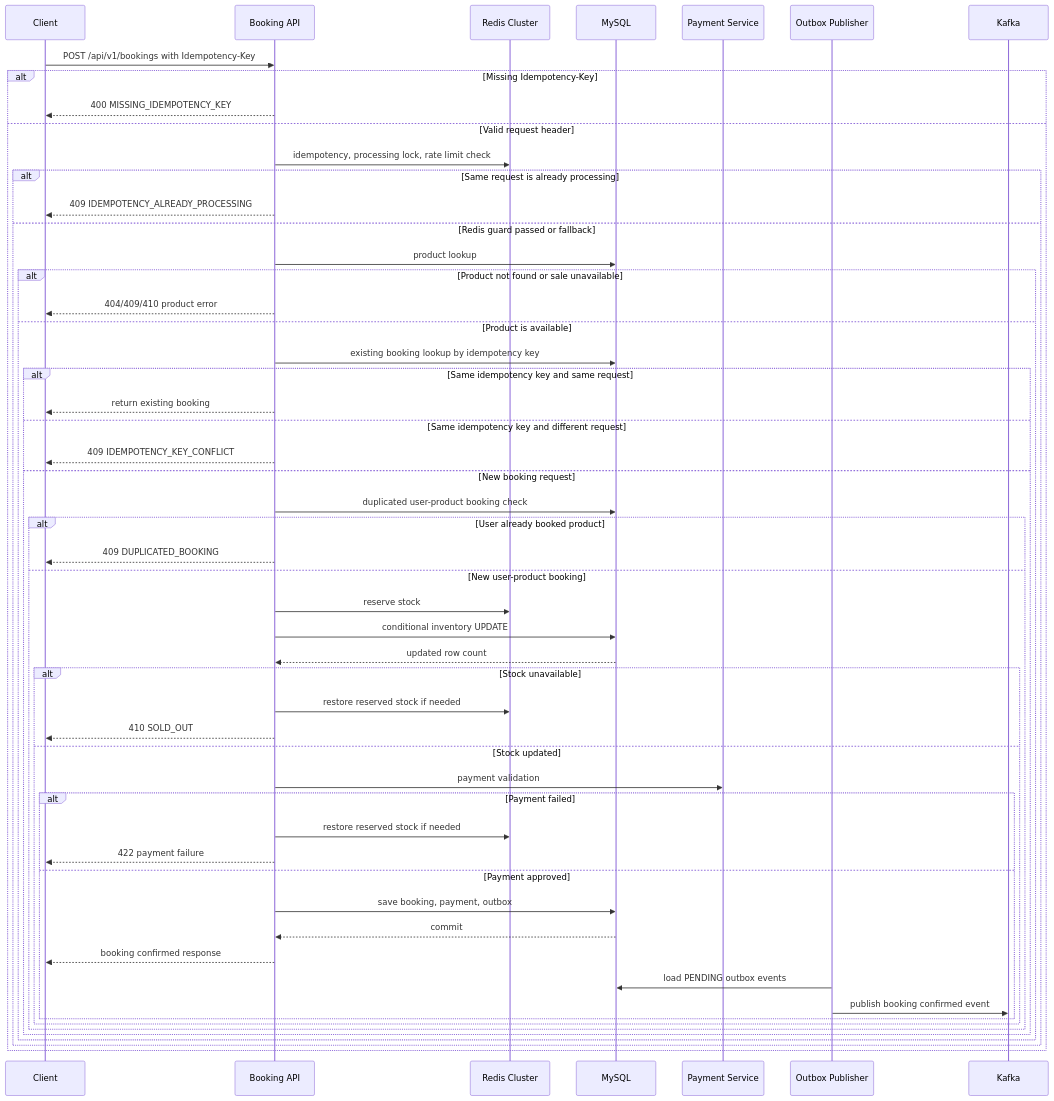
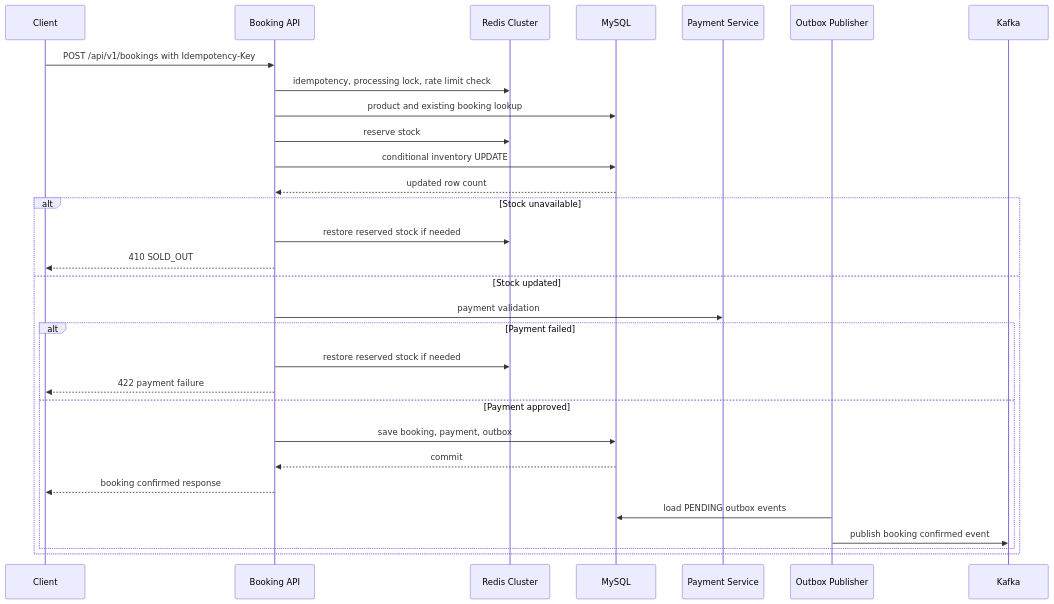
One commit to mosy2266/limited_reservation_system changed the second of 3 diagrams in README.md. Above: the diagram before and after it, drawn with Mermaid. The commit also changed other lines of this file, not shown here.

Commit message:
docs: README.md 내 시스템 아키텍처 오류 수정 및 시퀀스 다이어그램 분기 개수 조정 (#5)

````diff
--- a/README.md
+++ b/README.md
@@ -49,64 +60,35 @@
 ```mermaid
 sequenceDiagram
     participant C as Client
     participant B as Booking API
     participant R as Redis Cluster
     participant DB as MySQL
     participant P as Payment Service
     participant O as Outbox Publisher
     participant K as Kafka
 
     C->>B: POST /api/v1/bookings with Idempotency-Key
+    B->>R: idempotency, processing lock, rate limit check
+    B->>DB: product and existing booking lookup
+    B->>R: reserve stock
+    B->>DB: conditional inventory UPDATE
+    DB-->>B: updated row count
 
-    alt Missing Idempotency-Key
-        B-->>C: 400 MISSING_IDEMPOTENCY_KEY
-    else Valid request header
-        B->>R: idempotency, processing lock, rate limit check
+    alt Stock unavailable
+        B->>R: restore reserved stock if needed
+        B-->>C: 410 SOLD_OUT
+    else Stock updated
+        B->>P: payment validation
 
-        alt Same request is already processing
-            B-->>C: 409 IDEMPOTENCY_ALREADY_PROCESSING
-        else Redis guard passed or fallback
-            B->>DB: product lookup
-
-            alt Product not found or sale unavailable
-                B-->>C: 404/409/410 product error
-            else Product is available
-                B->>DB: existing booking lookup by idempotency key
-
-                alt Same idempotency key and same request
-                    B-->>C: return existing booking
-                else Same idempotency key and different request
-                    B-->>C: 409 IDEMPOTENCY_KEY_CONFLICT
-                else New booking request
-                    B->>DB: duplicated user-product booking check
-
-                    alt User already booked product
-                        B-->>C: 409 DUPLICATED_BOOKING
-                    else New user-product booking
-                        B->>R: reserve stock
-                        B->>DB: conditional inventory UPDATE
-                        DB-->>B: updated row count
-
-                        alt Stock unavailable
-                            B->>R: restore reserved stock if needed
-                            B-->>C: 410 SOLD_OUT
-                        else Stock updated
-                            B->>P: payment validation
-
-                            alt Payment failed
-                                B->>R: restore reserved stock if needed
-                                B-->>C: 422 payment failure
-                            else Payment approved
-                                B->>DB: save booking, payment, outbox
-                                DB-->>B: commit
-                                B-->>C: booking confirmed response
-                                O->>DB: load PENDING outbox events
-                                O->>K: publish booking confirmed event
-                            end
-                        end
-                    end
-                end
-            end
+        alt Payment failed
+            B->>R: restore reserved stock if needed
+            B-->>C: 422 payment failure
+        else Payment approved
+            B->>DB: save booking, payment, outbox
+            DB-->>B: commit
+            B-->>C: booking confirmed response
+            O->>DB: load PENDING outbox events
+            O->>K: publish booking confirmed event
         end
     end
 ```
````
